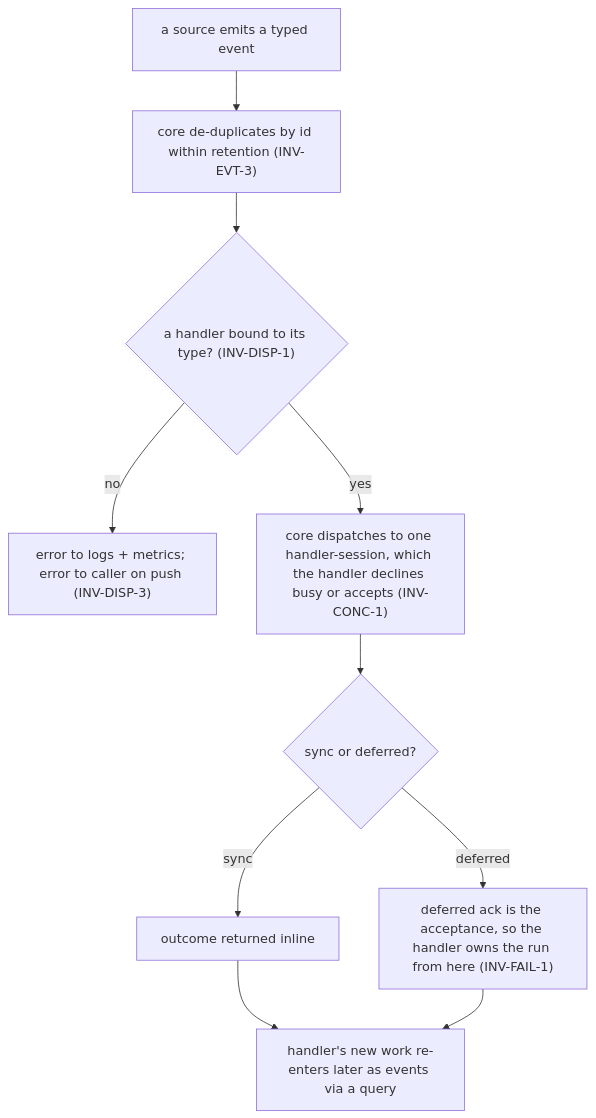
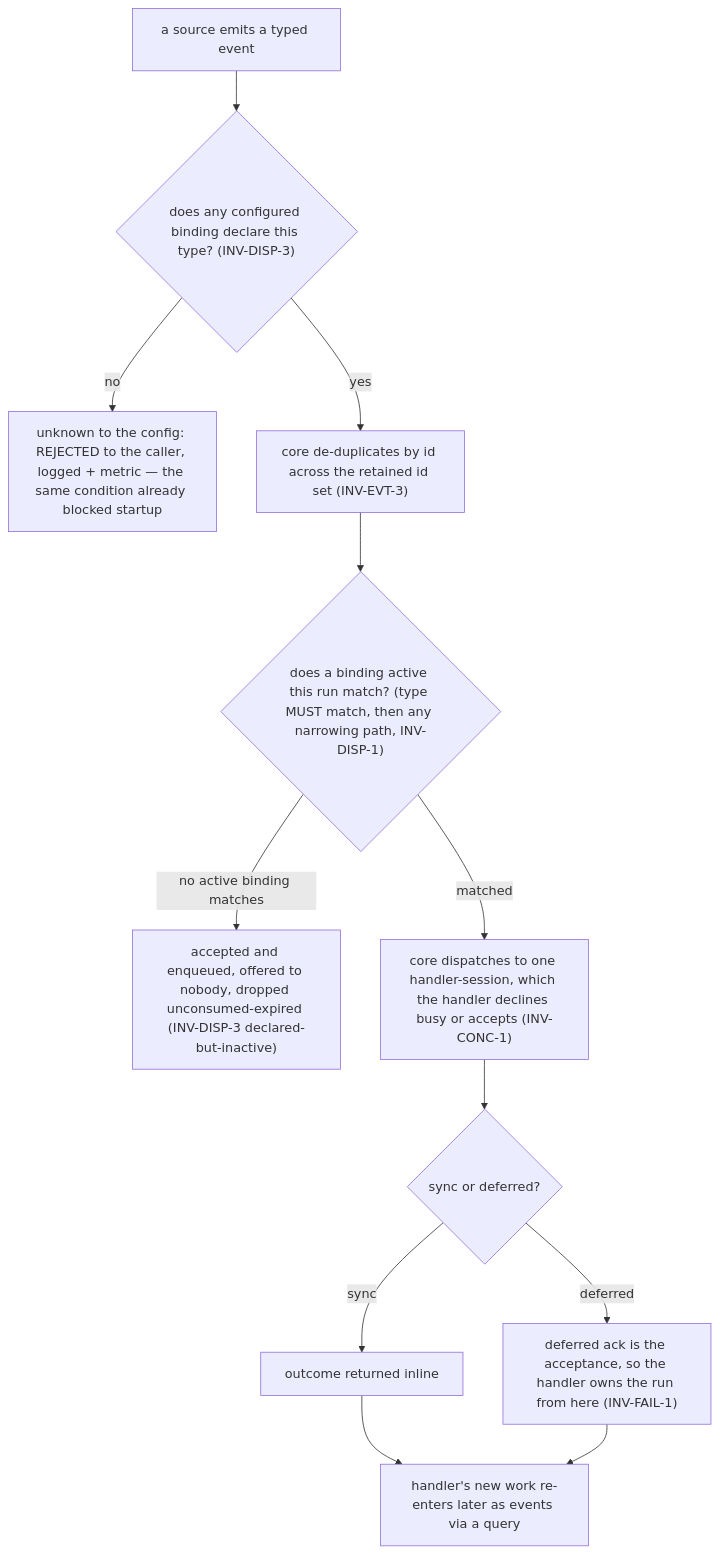
Before and after one commit to phillipgreenii/nix-agent-support: the first of 18 diagrams in packages/pr-pool/docs/behavior/journeys.md, drawn with Mermaid. The commit also changed other lines of this file and 4 other files, not shown here.

````diff
--- a/packages/pr-pool/docs/behavior/journeys.md
+++ b/packages/pr-pool/docs/behavior/journeys.md
@@ -336,12 +202,14 @@
 ```mermaid
 flowchart TD
-    emit["a source emits a typed event"] --> dedup["core de-duplicates by id within retention (INV-EVT-3)"]
-    dedup --> route{"a handler bound to its type? (INV-DISP-1)"}
-    route -->|no| err["error to logs + metrics; error to caller on push (INV-DISP-3)"]
-    route -->|yes| disp["core dispatches to one handler-session, which the handler declines busy or accepts (INV-CONC-1)"]
+    emit["a source emits a typed event"] --> known{"does any configured binding declare this type? (INV-DISP-3)"}
+    known -->|no| rej["unknown to the config: REJECTED to the caller, logged + metric — the same condition already blocked startup"]
+    known -->|yes| dedup["core de-duplicates by id across the retained id set (INV-EVT-3)"]
+    dedup --> route{"does a binding active this run match? (type MUST match, then any narrowing path, INV-DISP-1)"}
+    route -->|"no active binding matches"| wait["accepted and enqueued, offered to nobody, dropped unconsumed-expired (INV-DISP-3 declared-but-inactive)"]
+    route -->|matched| disp["core dispatches to one handler-session, which the handler declines busy or accepts (INV-CONC-1)"]
     disp --> reply{"sync or deferred?"}
     reply -->|sync| out["outcome returned inline"]
     reply -->|deferred| cb["deferred ack is the acceptance, so the handler owns the run from here (INV-FAIL-1)"]
     out --> done["handler's new work re-enters later as events via a query"]
     cb --> done
 ```
````
